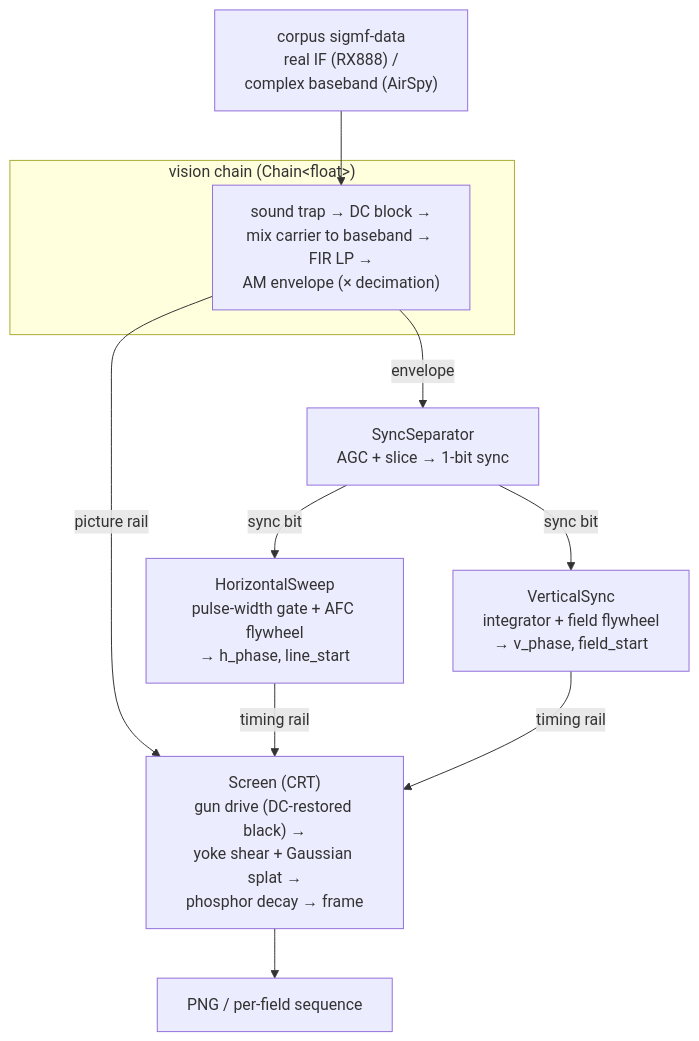
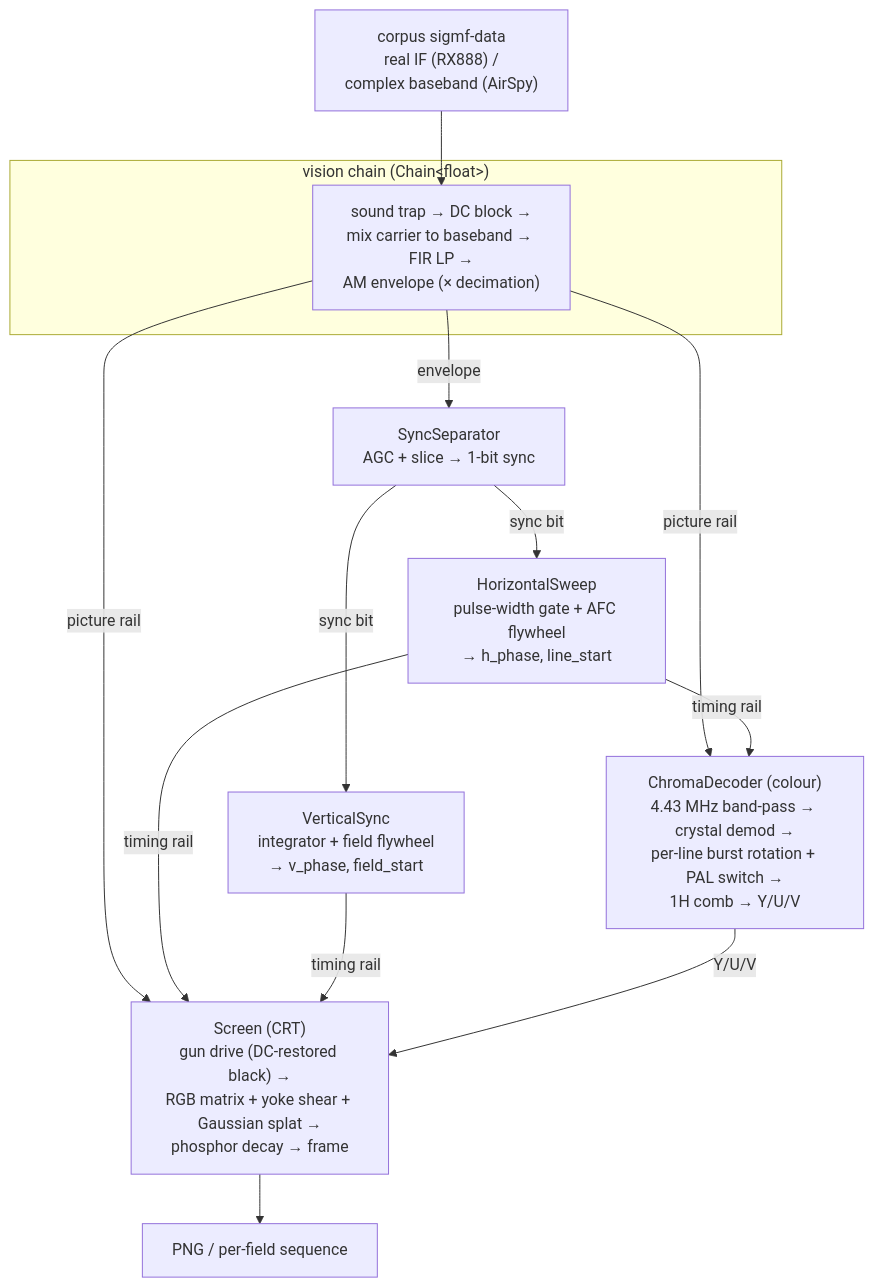
One commit to mattgodbolt/PALindrome changed the diagram in README.md. Above: the diagram before and after it, drawn with Mermaid. The commit also changed other lines of this file and 9 other files, not shown here.

First line of the commit message:
colour: PAL-D chroma decoder + RGB screen

````diff
--- a/README.md
+++ b/README.md
@@ -100,16 +101,19 @@
 ```mermaid
 flowchart TD
     SIGMF["corpus sigmf-data<br/>real IF (RX888) /<br/>complex baseband (AirSpy)"] --> VIS
 
     subgraph vis["vision chain (Chain&lt;float&gt;)"]
       VIS["sound trap → DC block →<br/>mix carrier to baseband → FIR LP →<br/>AM envelope (× decimation)"]
     end
 
     VIS -->|envelope| SEP["SyncSeparator<br/>AGC + slice → 1-bit sync"]
     VIS -->|picture rail| SCR
+    VIS -->|picture rail| CH["ChromaDecoder (colour)<br/>4.43 MHz band-pass → crystal demod →<br/>per-line burst rotation + PAL switch →<br/>1H comb → Y/U/V"]
     SEP -->|sync bit| HS["HorizontalSweep<br/>pulse-width gate + AFC flywheel<br/>→ h_phase, line_start"]
     SEP -->|sync bit| VS["VerticalSync<br/>integrator + field flywheel<br/>→ v_phase, field_start"]
-    HS -->|timing rail| SCR["Screen (CRT)<br/>gun drive (DC-restored black) →<br/>yoke shear + Gaussian splat →<br/>phosphor decay → frame"]
+    HS -->|timing rail| CH
+    HS -->|timing rail| SCR["Screen (CRT)<br/>gun drive (DC-restored black) →<br/>RGB matrix + yoke shear + Gaussian splat →<br/>phosphor decay → frame"]
     VS -->|timing rail| SCR
+    CH -->|Y/U/V| SCR
     SCR --> PNG["PNG / per-field sequence"]
 ```
````
